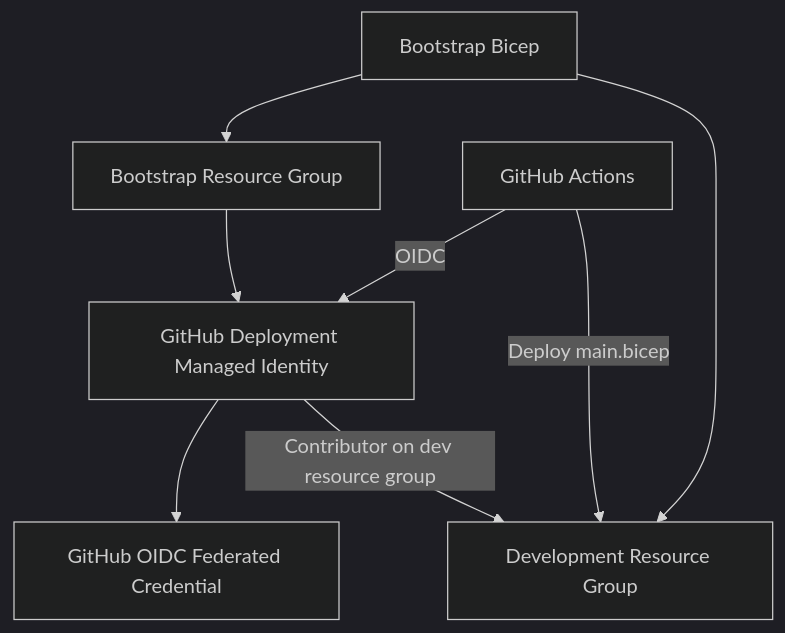
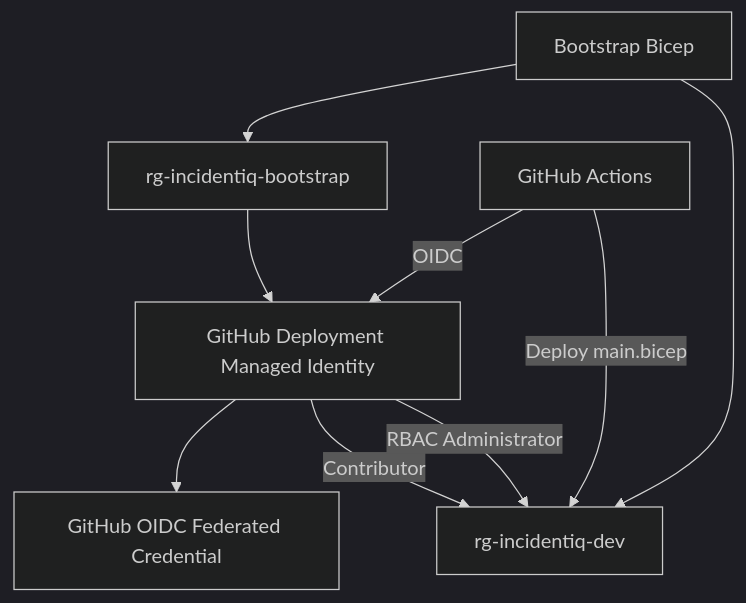
One commit to danielmusselwhite/IncidentIQ changed the first of 5 diagrams in infra/ReadMe.md. Above: the diagram before and after it, drawn with Mermaid (dark theme). The commit also changed other lines of this file and 31 other files, not shown here.

````diff
--- a/infra/ReadMe.md
+++ b/infra/ReadMe.md
@@ -16,13 +22,14 @@
 ```mermaid
 flowchart TD
-    A[Bootstrap Bicep] --> B[Bootstrap Resource Group]
-    A --> C[Development Resource Group]
+    A[Bootstrap Bicep] --> B[rg-incidentiq-bootstrap]
+    A --> C[rg-incidentiq-dev]
 
     B --> D[GitHub Deployment Managed Identity]
     D --> E[GitHub OIDC Federated Credential]
 
-    D -->|Contributor on dev resource group| C
+    D -->|Contributor| C
+    D -->|RBAC Administrator| C
 
     F[GitHub Actions] -->|OIDC| D
     F -->|Deploy main.bicep| C
 ```
````
